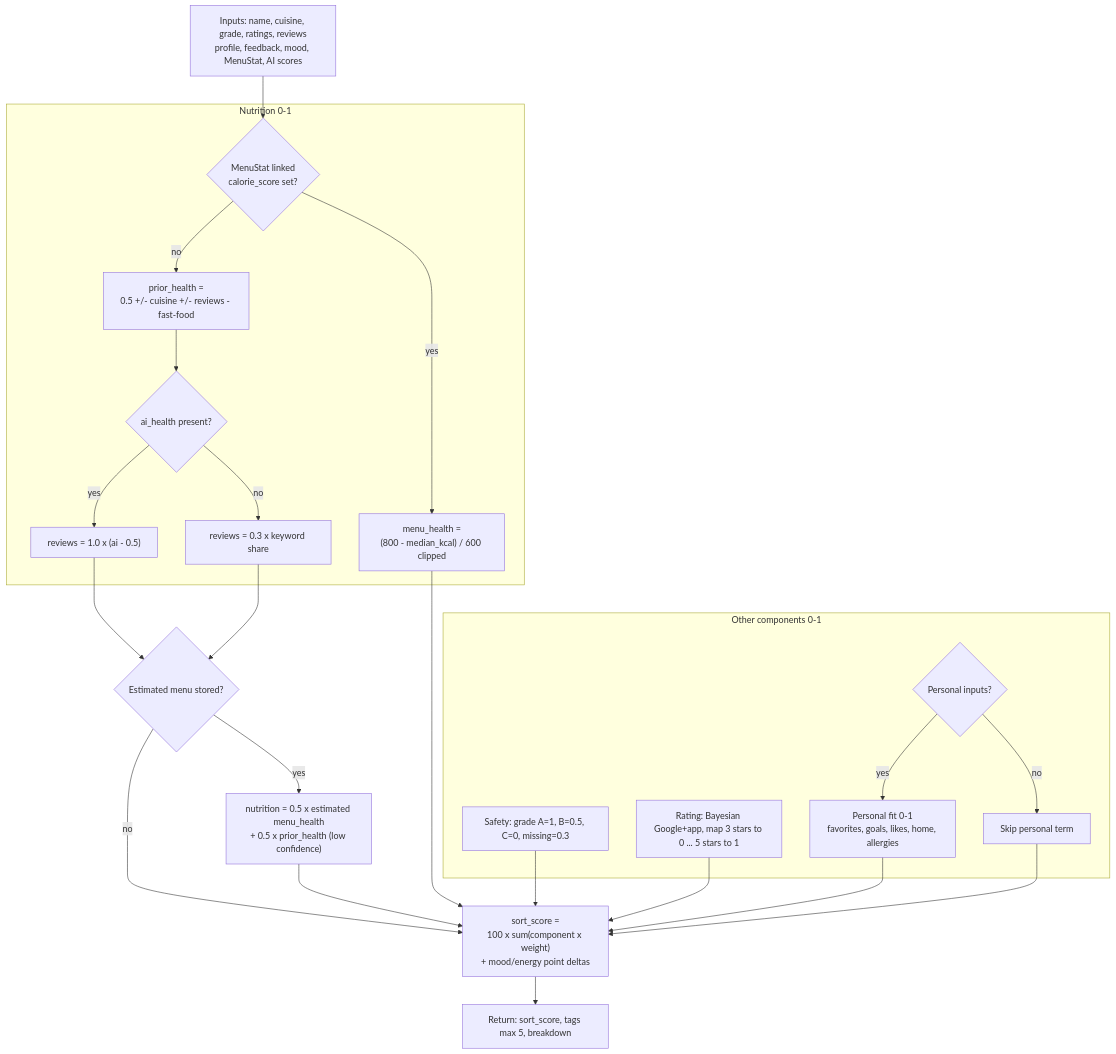
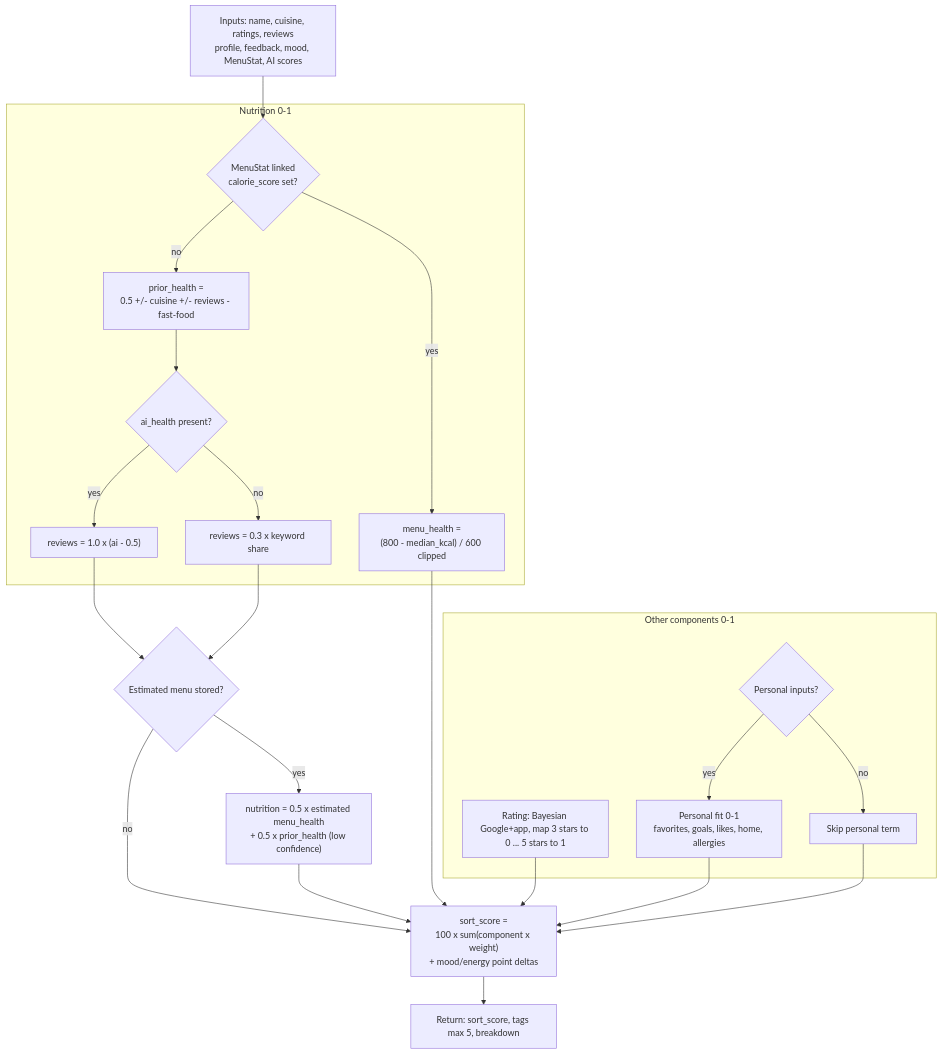
Before and after one commit to NovaBro/team-3-fall26: the second of 5 diagrams in md_guides/scoring-pipeline.md, drawn with Mermaid. The commit also changed other lines of this file and 98 other files, not shown here.

````diff
--- a/md_guides/scoring-pipeline.md
+++ b/md_guides/scoring-pipeline.md
@@ -63,36 +63,34 @@
 ```mermaid
 flowchart TD
-  IN["Inputs: name, cuisine, grade, ratings, reviews<br/>profile, feedback, mood, MenuStat, AI scores"] --> NUT
+  IN["Inputs: name, cuisine, ratings, reviews<br/>profile, feedback, mood, MenuStat, AI scores"] --> NUT
 
   subgraph nutrition [Nutrition 0-1]
     NUT{"MenuStat linked<br/>calorie_score set?"}
     NUT -->|yes| MENU["menu_health =<br/>(800 - median_kcal) / 600 clipped"]
     NUT -->|no| PRIOR["prior_health =<br/>0.5 +/- cuisine +/- reviews - fast-food"]
     PRIOR --> REV{ai_health present?}
     REV -->|yes| AI["reviews = 1.0 x (ai - 0.5)"]
     REV -->|no| KW["reviews = 0.3 x keyword share"]
   end
 
   AI --> EST{Estimated menu stored?}
   KW --> EST
   EST -->|yes| MIX["nutrition = 0.5 x estimated menu_health<br/>+ 0.5 x prior_health (low confidence)"]
   EST -->|no| BLEND
   MIX --> BLEND
   MENU --> BLEND
 
   subgraph other [Other components 0-1]
-    SAFE["Safety: grade A=1, B=0.5, C=0, missing=0.3"]
     RATE["Rating: Bayesian Google+app, map 3 stars to 0 ... 5 stars to 1"]
     FIT{Personal inputs?}
     FIT -->|yes| PF["Personal fit 0-1<br/>favorites, goals, likes, home, allergies"]
     FIT -->|no| NOP[Skip personal term]
   end
 
-  SAFE --> BLEND
   RATE --> BLEND
   PF --> BLEND
   NOP --> BLEND
 
   BLEND["sort_score =<br/>100 x sum(component x weight)<br/>+ mood/energy point deltas"]
   BLEND --> OUT["Return: sort_score, tags max 5, breakdown"]
 ```
````
